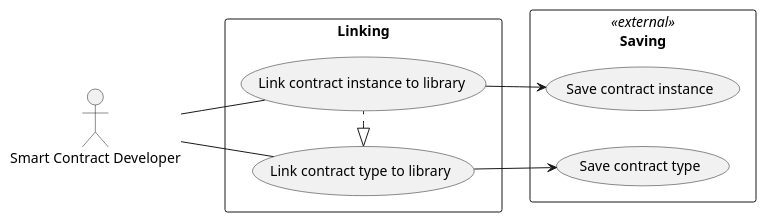
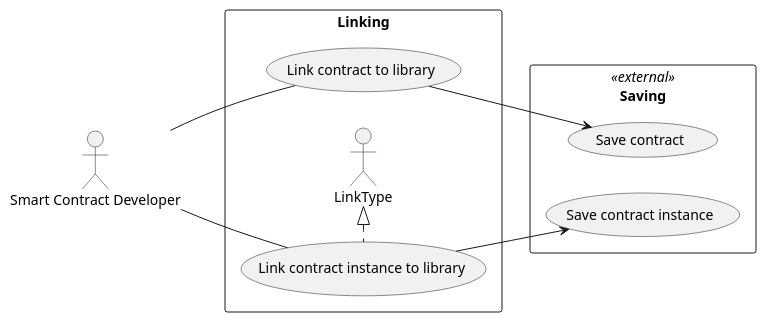
One commit to trufflesuite/artifact-updates changed the sixth of 9 diagrams in docs/requirements/truffle.rst. Above: the diagram before and after it, drawn with PlantUML. The commit also changed other lines of this file and 4 other files, not shown here.

Commit message:
Update glossary to include additional parts of data model, and remove contract type since no longer relevant

```diff
--- a/docs/requirements/truffle.rst
+++ b/docs/requirements/truffle.rst
@@ -385,22 +385,22 @@
 .. uml::
 
   left to right direction
 
   :Smart Contract Developer: as :Developer:
 
   rectangle Saving << external >> {
-    (Save contract type) as (SaveType)
+    (Save contract) as (SaveContract)
     (Save contract instance) as (SaveInstance)
   }
 
   rectangle Linking {
-    (Link contract type to library) as (LinkType)
+    (Link contract to library) as (LinkContract)
     (Link contract instance to library) as (LinkInstance)
     LinkInstance .left.|> LinkType
 
-    LinkType --> SaveType
+    LinkContract --> SaveContract
     LinkInstance --> SaveInstance
   }
 
-  Developer -- LinkType
+  Developer -- LinkContract
   Developer -- LinkInstance
```
